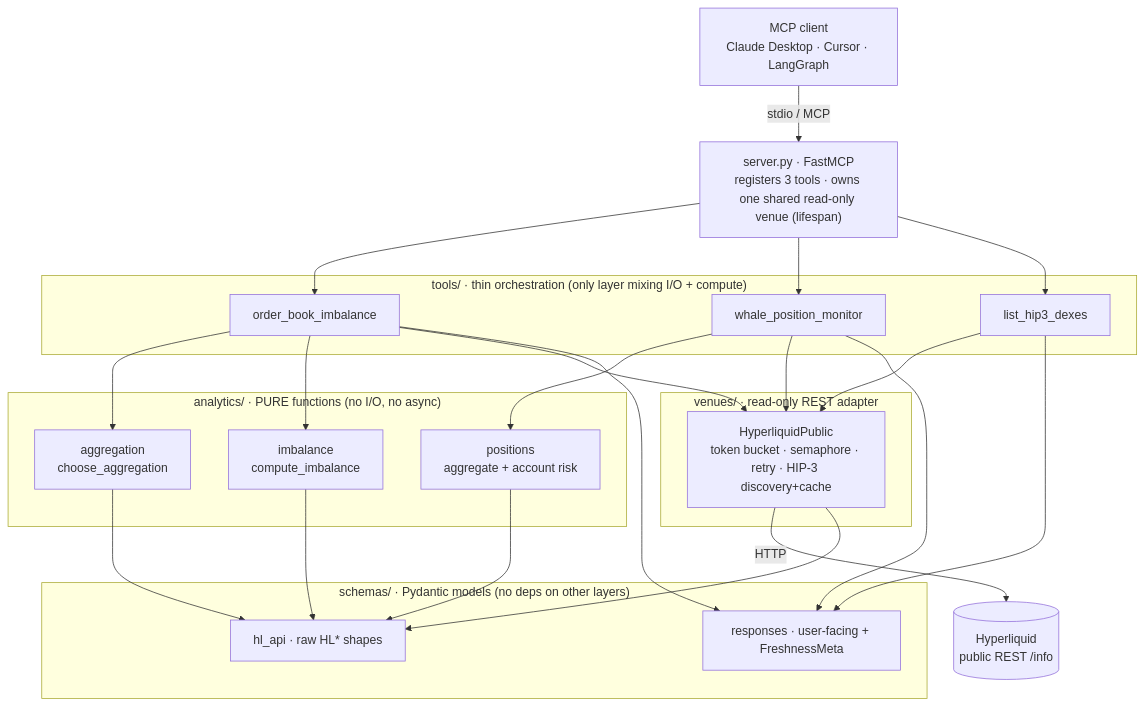
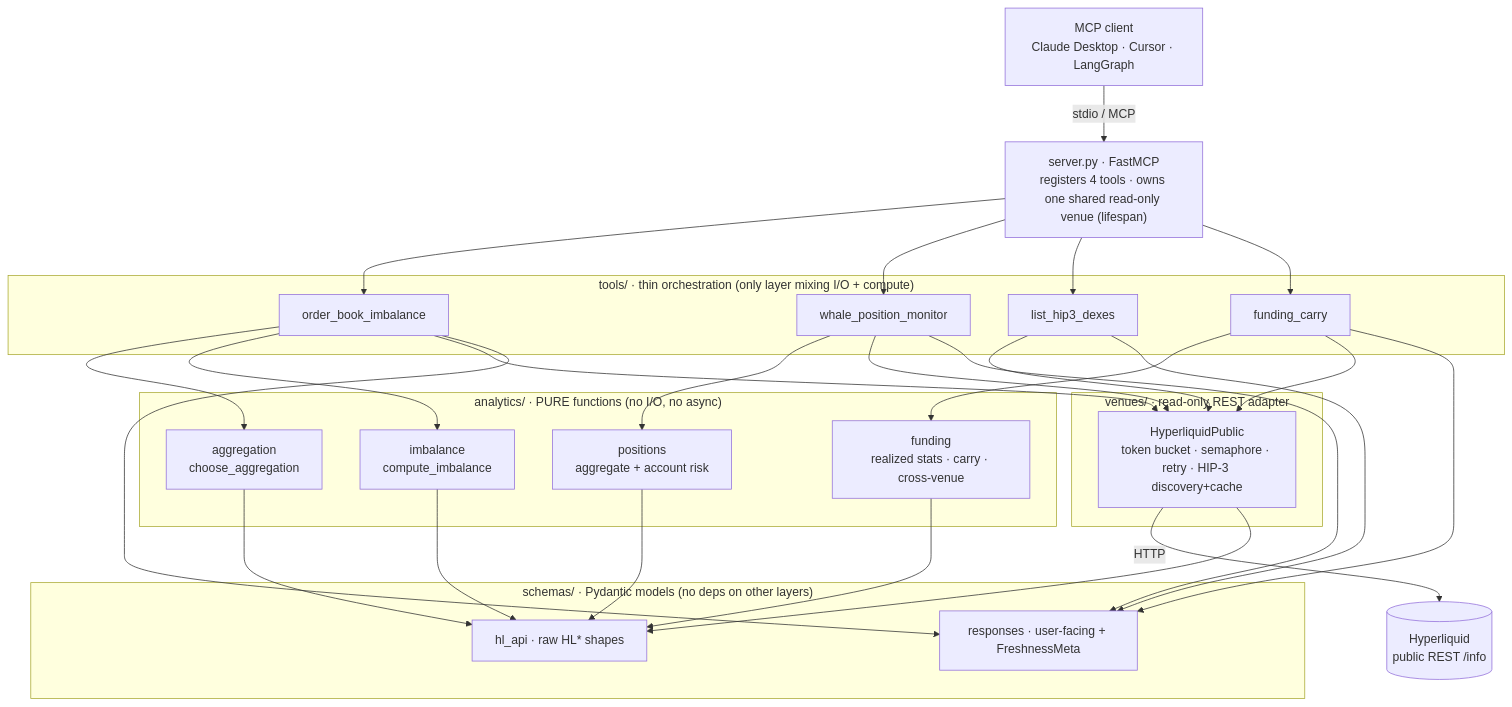
The first of 2 diagrams in docs/architecture.md (Eugene2710/hyperliquid_marketmicro_mcp), drawn with Mermaid before and after one commit. The commit also changed other lines of this file and 3 other files, not shown here.

Commit message:
docs: document funding_carry, funding API findings; drop step-number references

````diff
--- a/docs/architecture.md
+++ b/docs/architecture.md
@@ -28,40 +28,43 @@
 ```mermaid
 flowchart TD
     client["MCP client<br/>Claude Desktop · Cursor · LangGraph"]
     hlapi[("Hyperliquid<br/>public REST /info")]
 
-    server["server.py · FastMCP<br/>registers 3 tools · owns one shared read-only venue (lifespan)"]
+    server["server.py · FastMCP<br/>registers 4 tools · owns one shared read-only venue (lifespan)"]
 
     subgraph L4["tools/ · thin orchestration (only layer mixing I/O + compute)"]
         obi["order_book_imbalance"]
         wpm["whale_position_monitor"]
         lhd["list_hip3_dexes"]
+        fc["funding_carry"]
     end
 
     subgraph L3["analytics/ · PURE functions (no I/O, no async)"]
         agg["aggregation<br/>choose_aggregation"]
         imb["imbalance<br/>compute_imbalance"]
         pos["positions<br/>aggregate + account risk"]
+        fnd["funding<br/>realized stats · carry · cross-venue"]
     end
 
     subgraph L2["venues/ · read-only REST adapter"]
         hp["HyperliquidPublic<br/>token bucket · semaphore · retry · HIP-3 discovery+cache"]
     end
 
     subgraph L1["schemas/ · Pydantic models (no deps on other layers)"]
         hlraw["hl_api · raw HL* shapes"]
         rspn["responses · user-facing + FreshnessMeta"]
     end
 
     client -- "stdio / MCP" --> server
-    server --> obi & wpm & lhd
+    server --> obi & wpm & lhd & fc
 
     obi --> agg & imb & hp
     wpm --> pos & hp
     lhd --> hp
+    fc --> fnd & hp
 
     hp -- "HTTP" --> hlapi
     hp --> hlraw
-    agg & imb & pos --> hlraw
-    obi & wpm & lhd --> rspn
+    agg & imb & pos & fnd --> hlraw
+    obi & wpm & lhd & fc --> rspn
 ```
````
